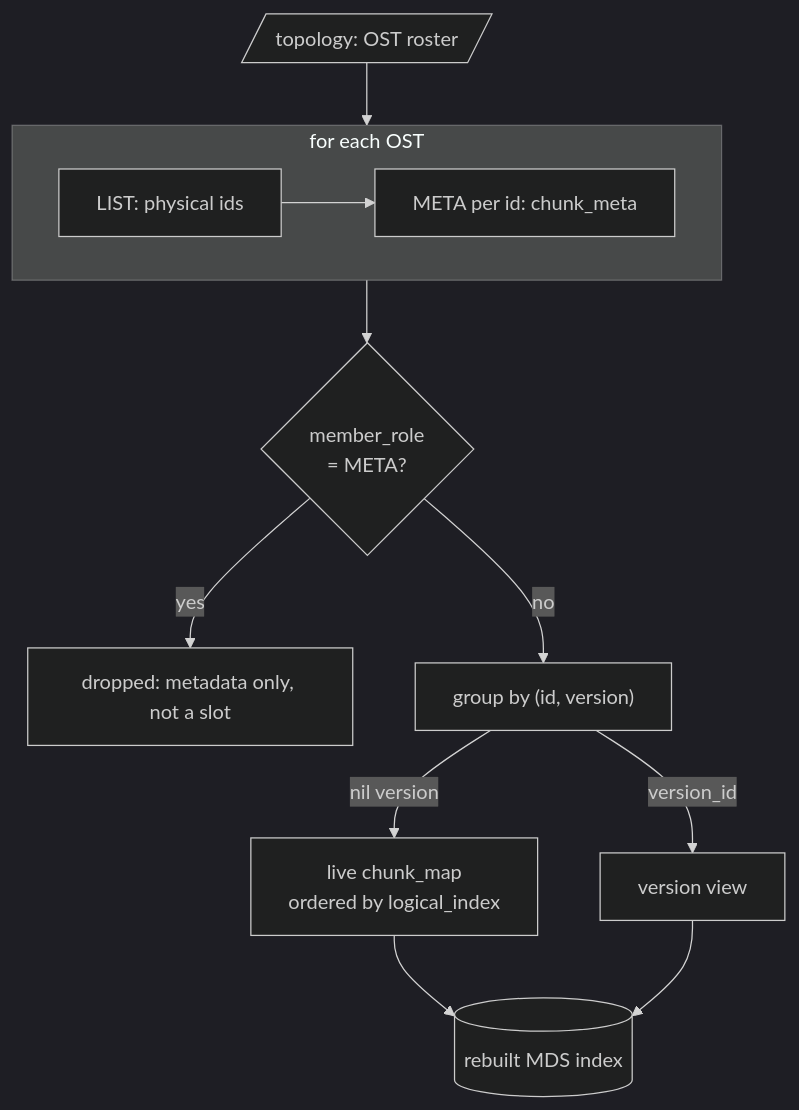
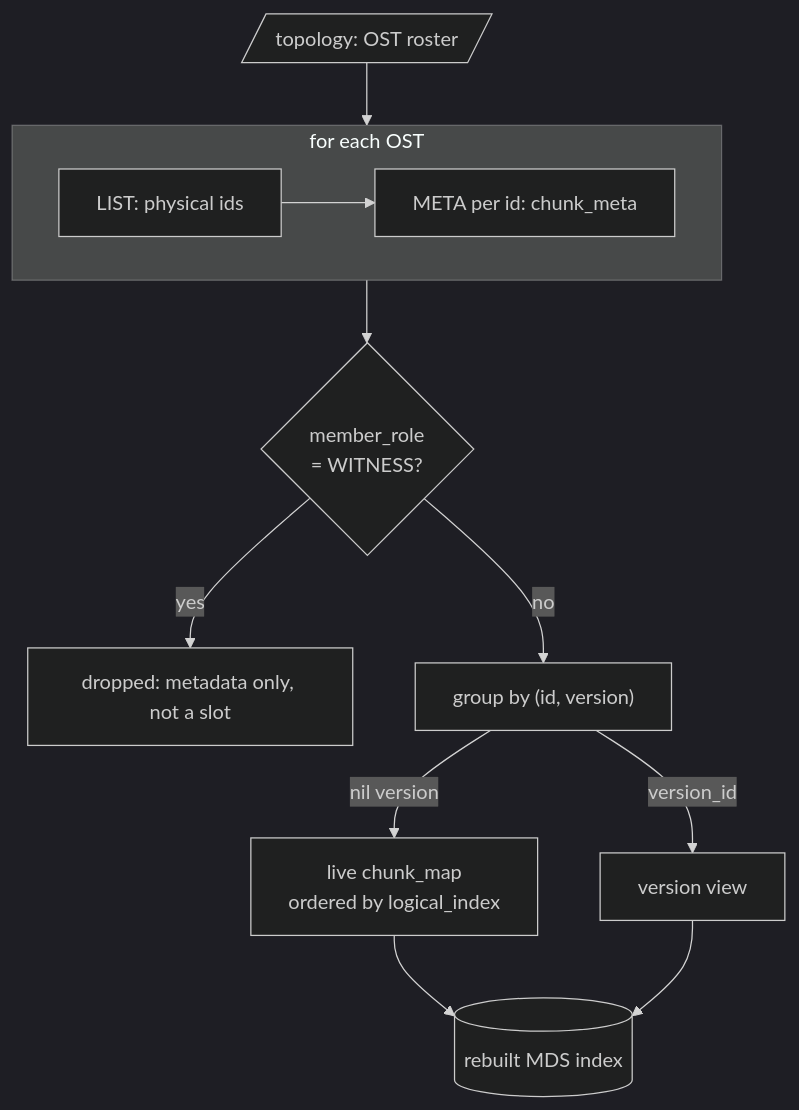
Before and after one commit to rawstor/librawstor: the eighth of 8 diagrams in docs/mds.md, drawn with Mermaid (dark theme). The commit also changed other lines of this file and 23 other files, not shown here.

Commit message:
ref(member): name metadata-only role WITNESS

````diff
--- a/docs/mds.md
+++ b/docs/mds.md
@@ -1066,15 +1066,15 @@
 ```mermaid
 flowchart TB
     T[/"topology: OST roster"/] --> Scan
     subgraph Scan ["for each OST"]
         direction LR
         L["LIST: physical ids"] --> Me["META per id: chunk_meta"]
     end
-    Scan --> W{"member_role<br/>= META?"}
+    Scan --> W{"member_role<br/>= WITNESS?"}
     W -- yes --> Drop["dropped: metadata only, not a slot"]
     W -- no --> G["group by (id, version)"]
     G -- "nil version" --> Live["live chunk_map<br/>ordered by logical_index"]
     G -- "version_id" --> Version["version view"]
     Live --> DB[("rebuilt MDS index")]
     Version --> DB
 ```
````
